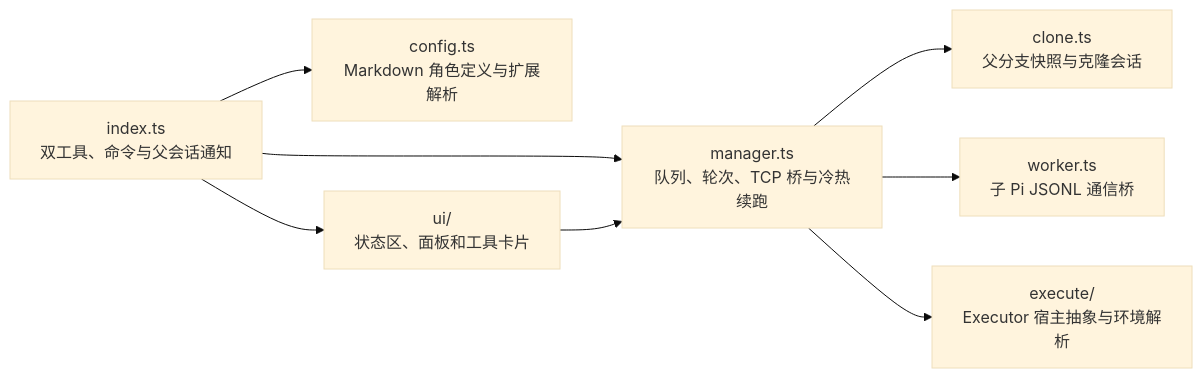
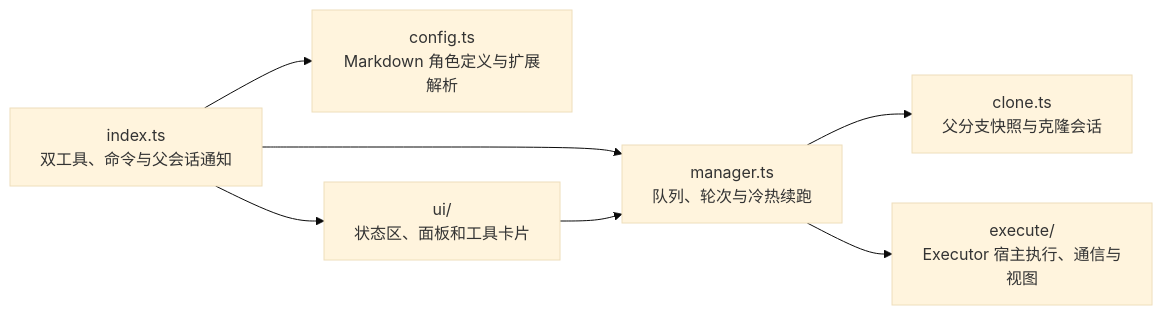
One commit to aqua2k1/pi-kits changed the first of 2 diagrams in extensions/pi-subagent/docs/architecture.md. Above: the diagram before and after it, drawn with Mermaid (base theme). The commit also changed other lines of this file and 12 other files, not shown here.

Commit message:
refactor(pi-subagent): move worker communication into stateless execute layer

````diff
--- a/extensions/pi-subagent/docs/architecture.md
+++ b/extensions/pi-subagent/docs/architecture.md
@@ -7,10 +7,9 @@
 ```mermaid
 flowchart LR
   entry["index.ts<br/>双工具、命令与父会话通知"] --> config["config.ts<br/>Markdown 角色定义与扩展解析"]
-  entry --> manager["manager.ts<br/>队列、轮次、TCP 桥与冷热续跑"]
+  entry --> manager["manager.ts<br/>队列、轮次与冷热续跑"]
   entry --> ui["ui/<br/>状态区、面板和工具卡片"]
   ui --> manager
   manager --> clone["clone.ts<br/>父分支快照与克隆会话"]
-  manager --> worker["worker.ts<br/>子 Pi JSONL 通信桥"]
-  manager --> execute["execute/<br/>Executor 宿主抽象与环境解析"]
+  manager --> execute["execute/<br/>Executor 宿主执行、通信与视图"]
 ```
````
